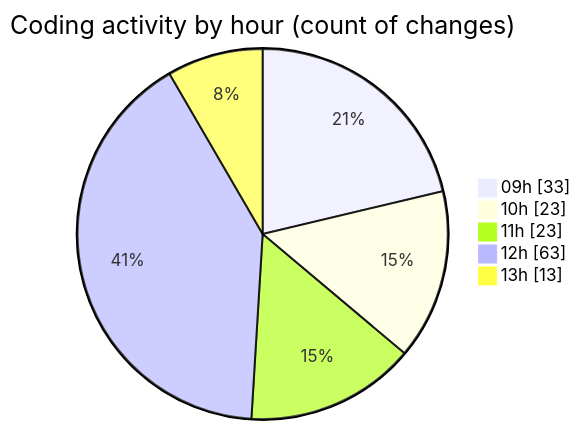
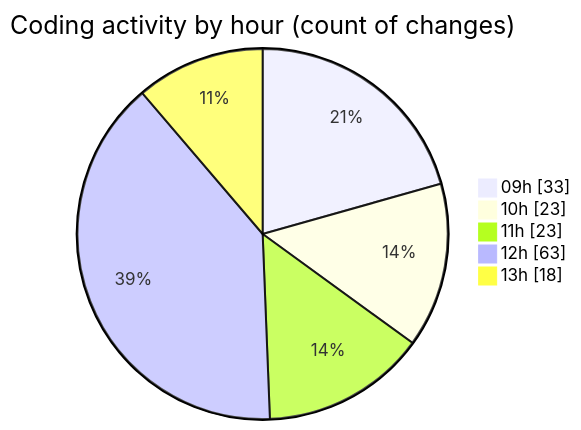
Before and after one commit to CELIANVF/code-tracking: the second of 2 diagrams in 2025-05-20/ecodeli-1/README.md, drawn with Mermaid. The commit also changed other lines of this file and 1 other file, not shown here.

````diff
--- a/2025-05-20/ecodeli-1/README.md
+++ b/2025-05-20/ecodeli-1/README.md
@@ -87,9 +88,9 @@
 ```mermaid
 pie showData
 title Coding activity by hour (count of changes)
 "09h" : 33
 "10h" : 23
 "11h" : 23
 "12h" : 63
-"13h" : 13
+"13h" : 18
 ```
````
